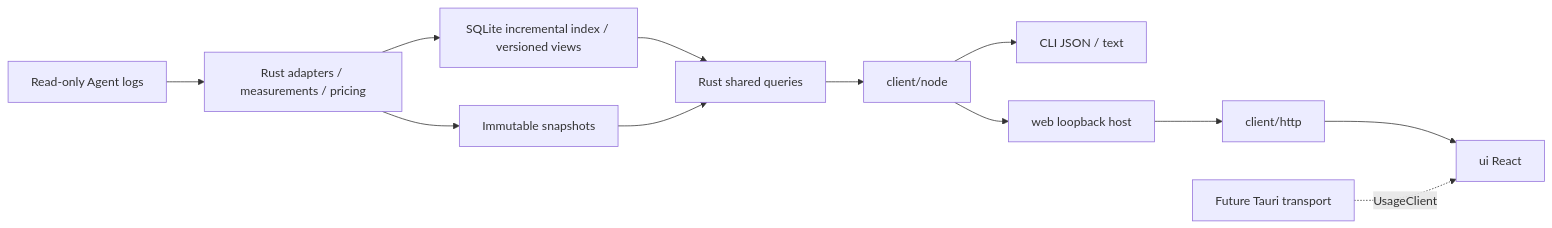
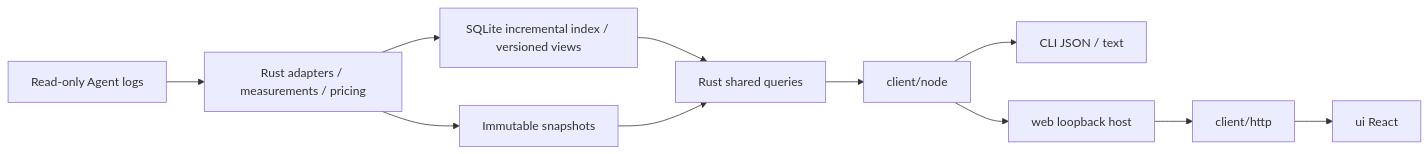
The diagram in docs/development/architecture.en.md (wangyan9110/wombat), drawn with Mermaid before and after one commit. The commit also changed other lines of this file and 190 other files, not shown here.

````diff
--- a/docs/development/architecture.en.md
+++ b/docs/development/architecture.en.md
@@ -9,14 +9,13 @@
 ```mermaid
 flowchart LR
   L[Read-only Agent logs] --> A[Rust adapters / measurements / pricing]
   A --> D[SQLite incremental index / versioned views]
   A --> S[Immutable snapshots]
   D --> Q[Rust shared queries]
   S --> Q
   Q --> N[client/node]
   N --> C[CLI JSON / text]
   N --> W[web loopback host]
   W --> H[client/http]
   H --> U[ui React]
-  F[Future Tauri transport] -. UsageClient .-> U
 ```
````
